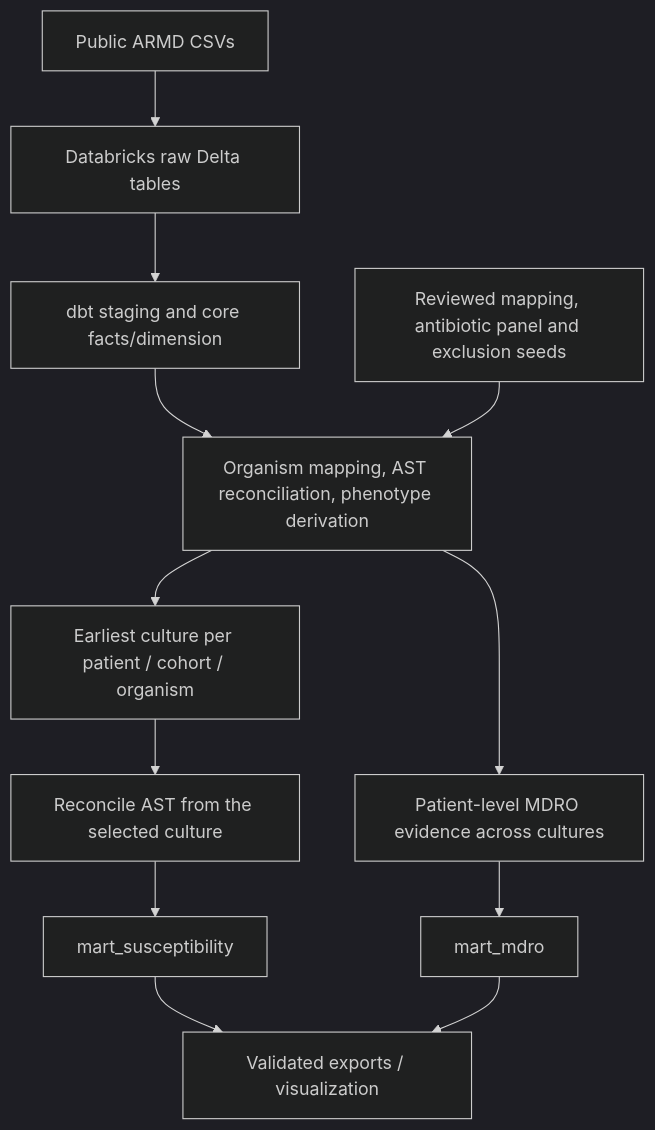
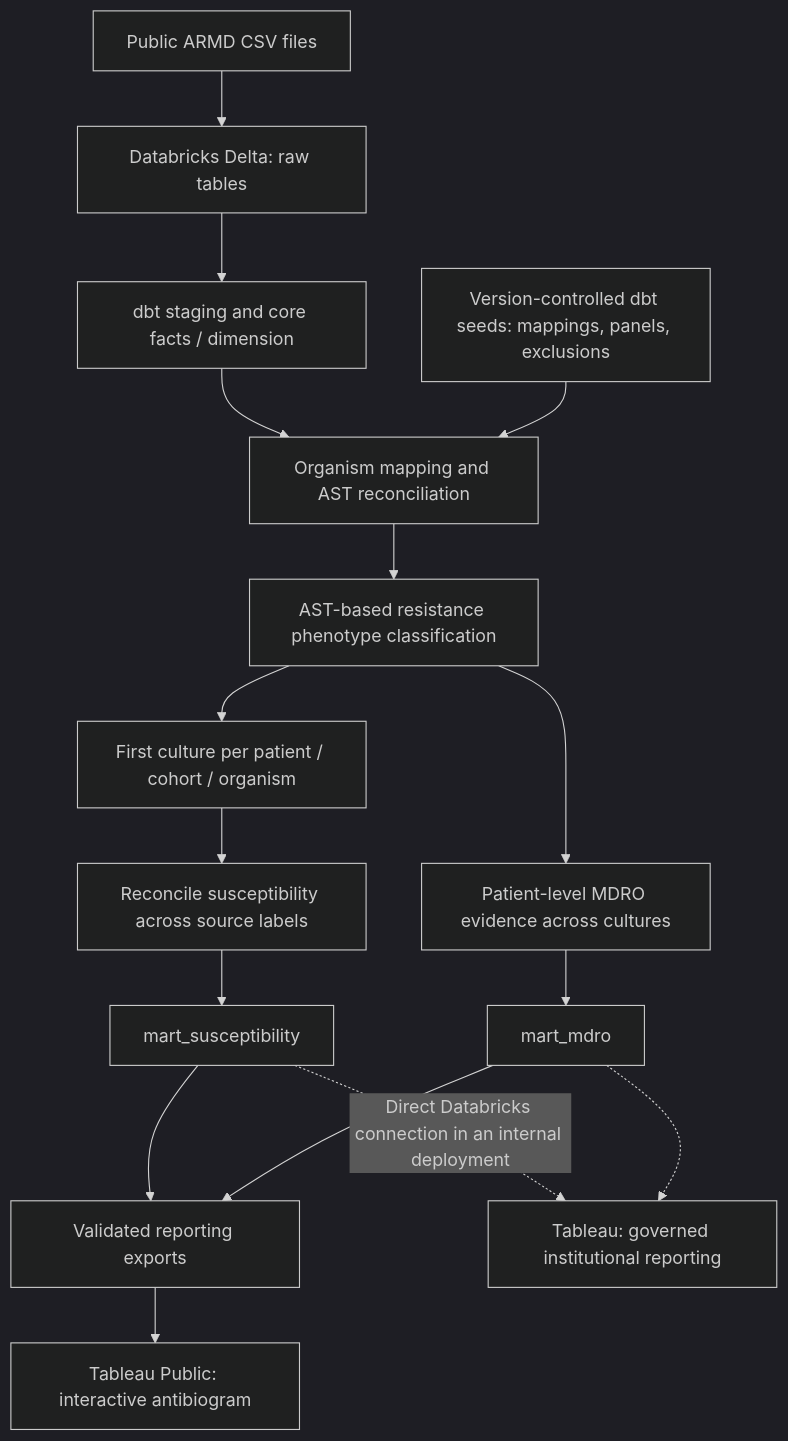
The diagram in README.md (clarkbrendenj/ELT-Microbiology), drawn with Mermaid (dark theme) before and after one commit. The commit also changed other lines of this file and 4 other files, not shown here.

````diff
--- a/README.md
+++ b/README.md
@@ -30,14 +69,18 @@
 ```mermaid
 flowchart TD
-    A["Public ARMD CSVs"] --> B["Databricks raw Delta tables"]
-    B --> C["dbt staging and core facts/dimension"]
-    C --> D["Organism mapping, AST reconciliation, phenotype derivation"]
-    S["Reviewed mapping, antibiotic panel and exclusion seeds"] --> D
-    D --> E["Earliest culture per patient / cohort / organism"]
-    E --> F["Reconcile AST from the selected culture"]
-    F --> G["mart_susceptibility"]
-    D --> H["Patient-level MDRO evidence across cultures"]
-    H --> I["mart_mdro"]
-    G --> J["Validated exports / visualization"]
-    I --> J
+    A["Public ARMD CSV files"] --> B["Databricks Delta: raw tables"]
+    B --> C["dbt staging and core facts / dimension"]
+    C --> D["Organism mapping and AST reconciliation"]
+    R["Version-controlled dbt seeds: mappings, panels, exclusions"] --> D
+    D --> E["AST-based resistance phenotype classification"]
+    E --> F["First culture per patient / cohort / organism"]
+    F --> G["Reconcile susceptibility across source labels"]
+    G --> H["mart_susceptibility"]
+    E --> I["Patient-level MDRO evidence across cultures"]
+    I --> J["mart_mdro"]
+    H --> K["Validated reporting exports"]
+    J --> K
+    K --> L["Tableau Public: interactive antibiogram"]
+    H -. "Direct Databricks connection in an internal deployment" .-> M["Tableau: governed institutional reporting"]
+    J -.-> M
 ```
````
